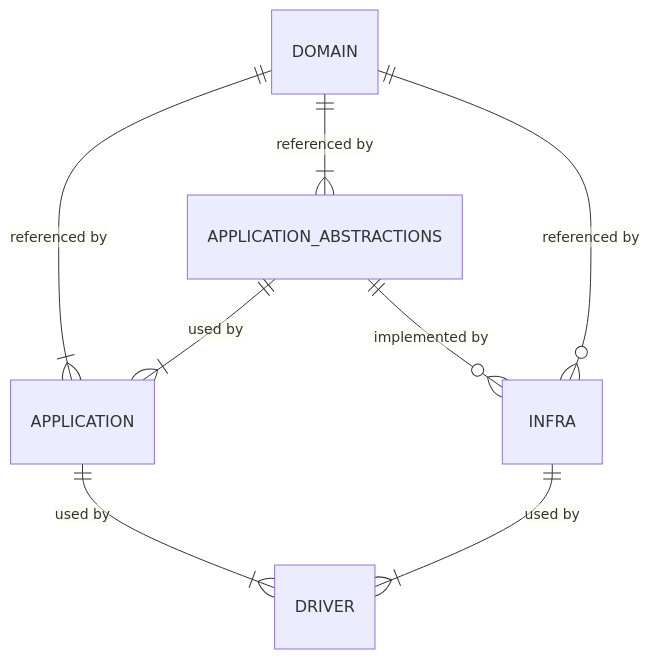
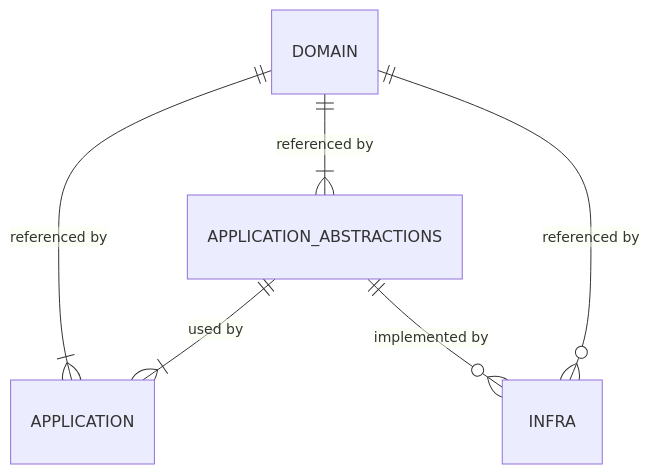
Before and after one commit to looplex-osi/dotnet-foundation: the first of 10 diagrams in README.md, drawn with Mermaid. The commit also changed other lines of this file, not shown here.

Commit message:
docs: separate service diagram from driver diagram

````diff
--- a/README.md
+++ b/README.md
@@ -3,12 +3,9 @@
 ```mermaid
 erDiagram
   DOMAIN ||--|{ APPLICATION : "referenced by"
   DOMAIN ||--|{ APPLICATION_ABSTRACTIONS : "referenced by"
 
   APPLICATION_ABSTRACTIONS ||--|{ APPLICATION : "used by"
   APPLICATION_ABSTRACTIONS ||--o{ INFRA : "implemented by"
   DOMAIN ||--o{ INFRA : "referenced by"
-
-  APPLICATION ||--|{ DRIVER : "used by"
-  INFRA ||--|{ DRIVER : "used by"
 ```
````
